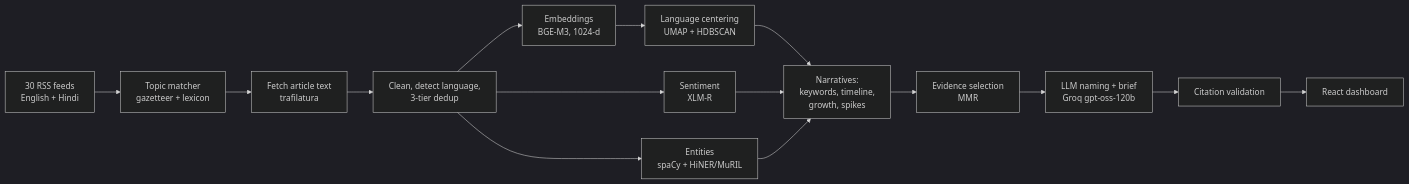
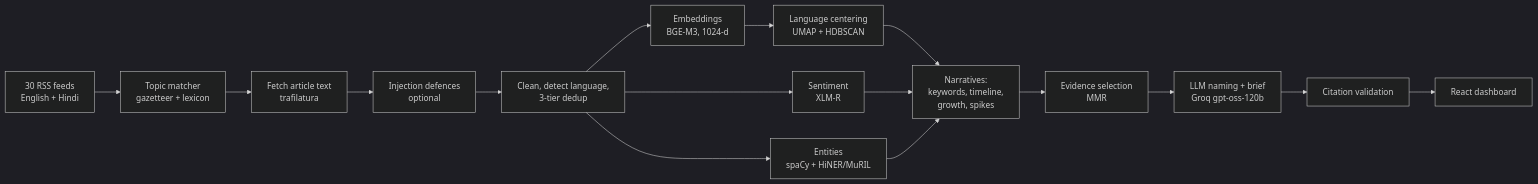
One commit to Palvanp/news-narrative-monitor changed the diagram in README.md. Above: the diagram before and after it, drawn with Mermaid (dark theme). The commit also changed other lines of this file and 21 other files, not shown here.

First line of the commit message:
Add prompt-injection red team and optional defences

````diff
--- a/README.md
+++ b/README.md
@@ -24,17 +25,18 @@
 ```mermaid
 flowchart LR
     A[30 RSS feeds<br/>English + Hindi] --> B[Topic matcher<br/>gazetteer + lexicon]
     B --> C[Fetch article text<br/>trafilatura]
-    C --> D[Clean, detect language,<br/>3-tier dedup]
+    C --> S[Injection defences<br/>optional]
+    S --> D[Clean, detect language,<br/>3-tier dedup]
     D --> E[Embeddings<br/>BGE-M3, 1024-d]
     D --> F[Sentiment<br/>XLM-R]
     D --> G[Entities<br/>spaCy + HiNER/MuRIL]
     E --> H[Language centering<br/>UMAP + HDBSCAN]
     H --> I[Narratives:<br/>keywords, timeline,<br/>growth, spikes]
     F --> I
     G --> I
     I --> J[Evidence selection<br/>MMR]
     J --> K[LLM naming + brief<br/>Groq gpt-oss-120b]
     K --> L[Citation validation]
     L --> M[React dashboard]
 ```
````
